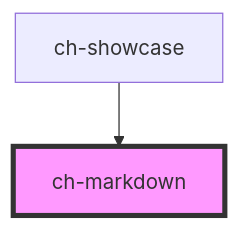
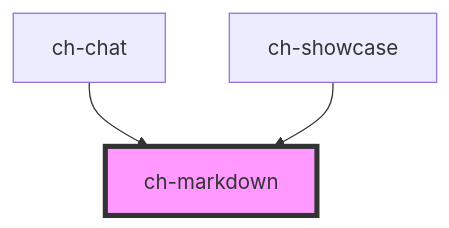
One commit to genexuslabs/chameleon-controls-library changed the diagram in src/components/markdown/readme.md. Above: the diagram before and after it, drawn with Mermaid. The commit also changed other lines of this file and 6 other files, not shown here.

````diff
--- a/src/components/markdown/readme.md
+++ b/src/components/markdown/readme.md
@@ -40,5 +41,6 @@
 ```mermaid
 graph TD;
+  ch-chat --> ch-markdown
   ch-showcase --> ch-markdown
   style ch-markdown fill:#f9f,stroke:#333,stroke-width:4px
 ```
````
